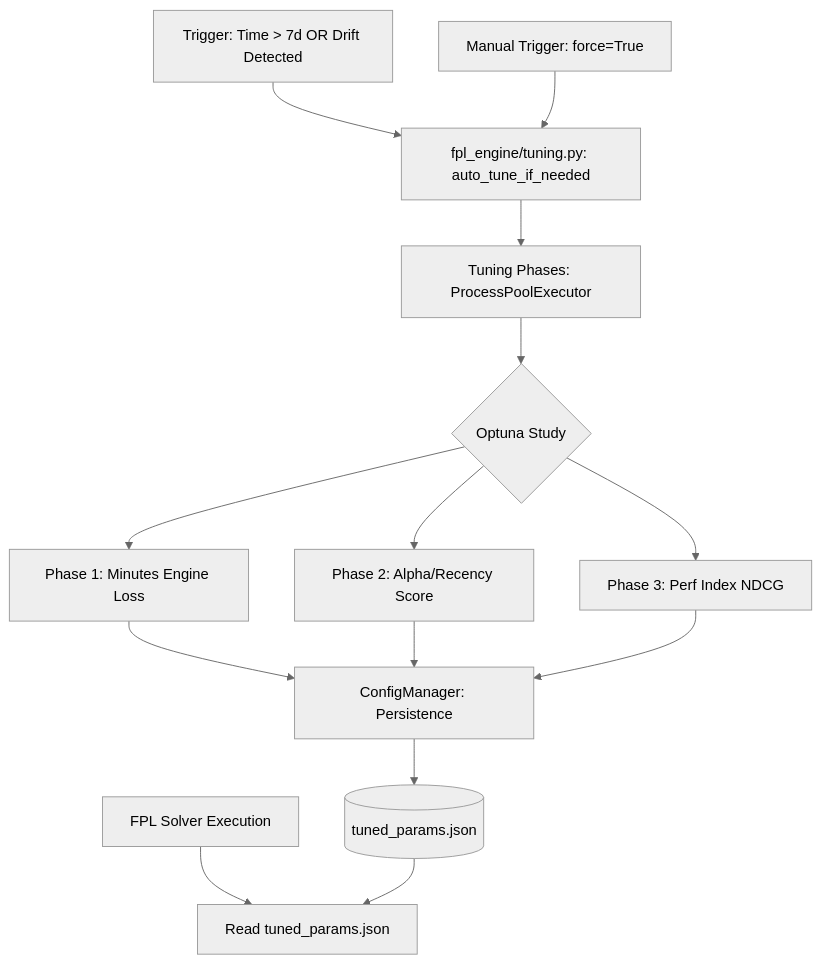
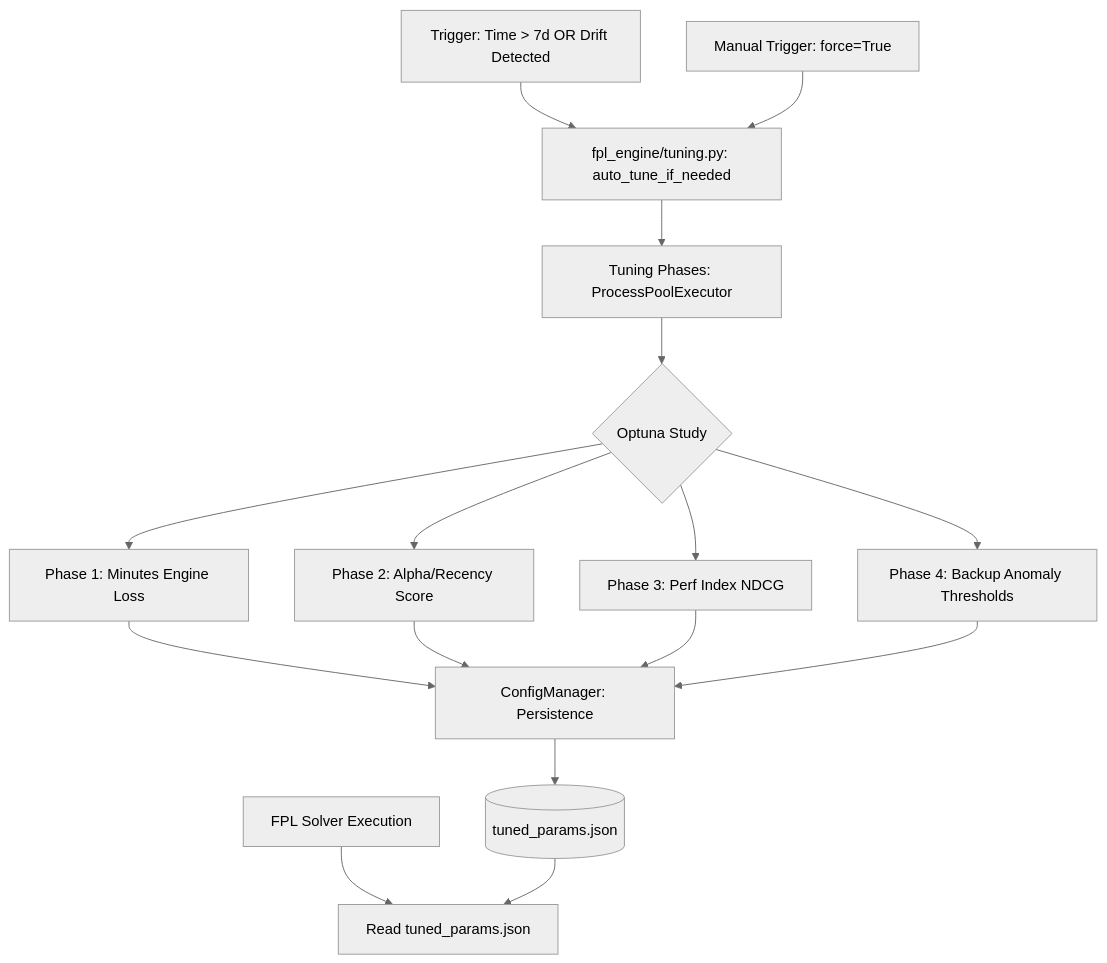
Before and after one commit to JubileeZ/FPL: the diagram in ARCHITECTURE.md, drawn with Mermaid (neutral theme). The commit also changed other lines of this file and 9 other files, not shown here.

````diff
--- a/ARCHITECTURE.md
+++ b/ARCHITECTURE.md
@@ -7,18 +7,19 @@
 ```mermaid
 graph TD
     A[Trigger: Time > 7d OR Drift Detected] --> B[fpl_engine/tuning.py: auto_tune_if_needed]
     M[Manual Trigger: force=True] --> B
     
     B --> C[Tuning Phases: ProcessPoolExecutor]
     C --> D{Optuna Study}
     
     D --> E1[Phase 1: Minutes Engine Loss]
     D --> E2[Phase 2: Alpha/Recency Score]
     D --> E3[Phase 3: Perf Index NDCG]
+    D --> E4[Phase 4: Backup Anomaly Thresholds]
     
-    E1 & E2 & E3 --> F[ConfigManager: Persistence]
+    E1 & E2 & E3 & E4 --> F[ConfigManager: Persistence]
     F --> G[(tuned_params.json)]
     
     I[FPL Solver Execution] --> J[Read tuned_params.json]
     G --> J
 ```
````
